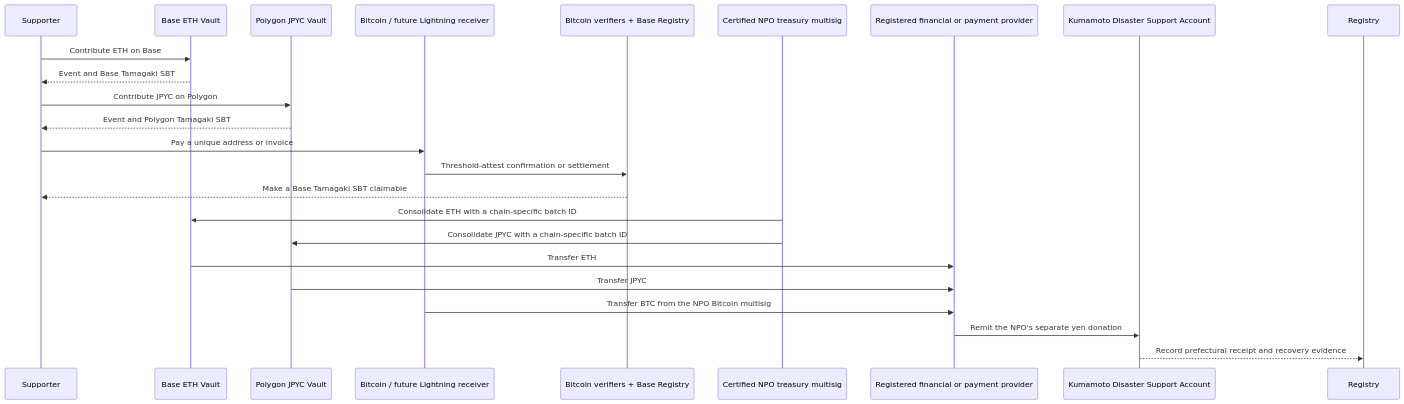
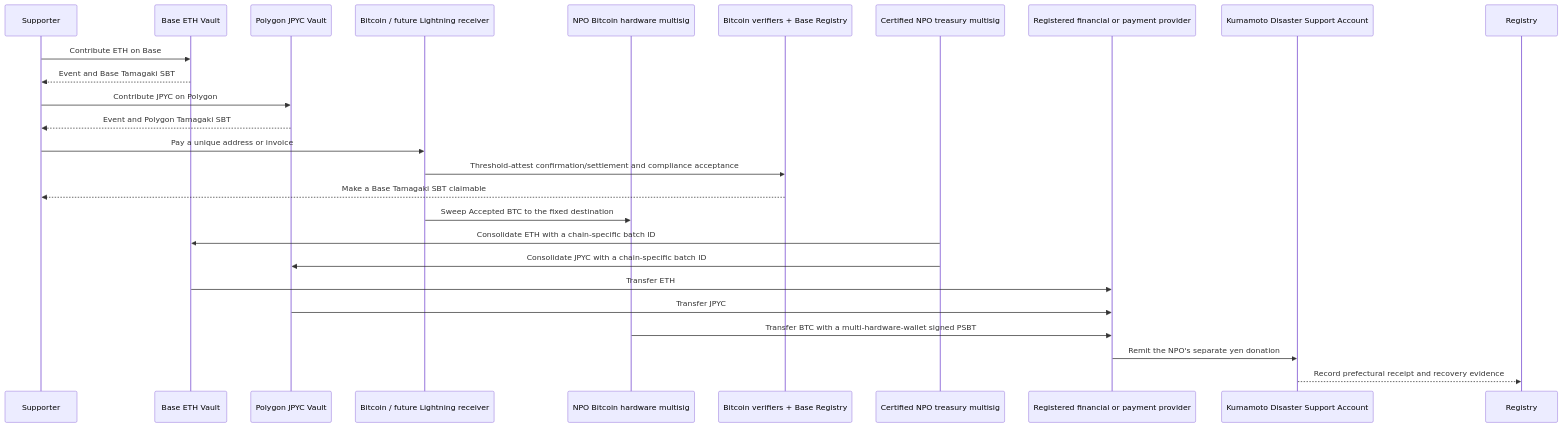
Before and after one commit to ShigeichiroYamasaki/yui-no-kaki-kumamoto: the diagram in docs/en/fund-flow.md, drawn with Mermaid. The commit also changed other lines of this file and 18 other files, not shown here.

````diff
--- a/docs/en/fund-flow.md
+++ b/docs/en/fund-flow.md
@@ -11,26 +11,28 @@
 ```mermaid
 sequenceDiagram
   participant S as Supporter
   participant BV as Base ETH Vault
   participant PV as Polygon JPYC Vault
   participant BTC as Bitcoin / future Lightning receiver
+  participant BM as NPO Bitcoin hardware multisig
   participant BR as Bitcoin verifiers + Base Registry
   participant O as Certified NPO treasury multisig
   participant E as Registered financial or payment provider
   participant K as Kumamoto Disaster Support Account
   participant R as Registry
   S->>BV: Contribute ETH on Base
   BV-->>S: Event and Base Tamagaki SBT
   S->>PV: Contribute JPYC on Polygon
   PV-->>S: Event and Polygon Tamagaki SBT
   S->>BTC: Pay a unique address or invoice
-  BTC->>BR: Threshold-attest confirmation or settlement
+  BTC->>BR: Threshold-attest confirmation/settlement and compliance acceptance
   BR-->>S: Make a Base Tamagaki SBT claimable
+  BTC->>BM: Sweep Accepted BTC to the fixed destination
   O->>BV: Consolidate ETH with a chain-specific batch ID
   O->>PV: Consolidate JPYC with a chain-specific batch ID
   BV->>E: Transfer ETH
   PV->>E: Transfer JPYC
-  BTC->>E: Transfer BTC from the NPO Bitcoin multisig
+  BM->>E: Transfer BTC with a multi-hardware-wallet signed PSBT
   E->>K: Remit the NPO's separate yen donation
   K-->>R: Record prefectural receipt and recovery evidence
 ```
````
